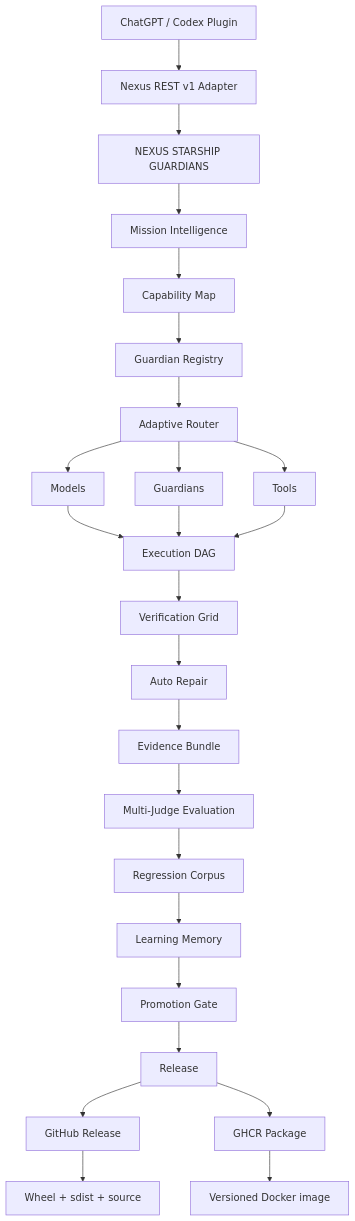
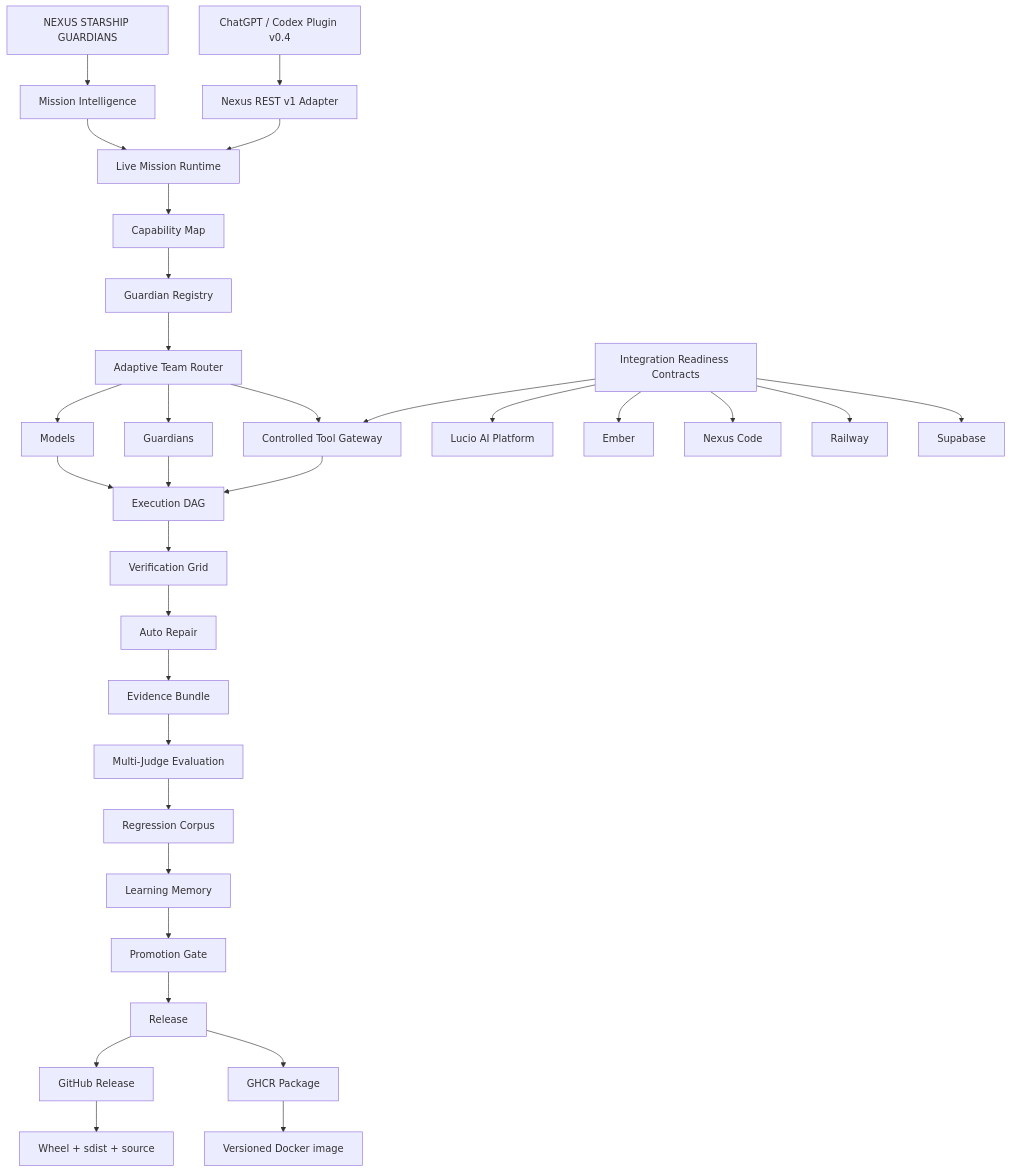
The diagram in docs/CURRENT_STATE.md (lois4801/NEXUS-Starship-Guardians), drawn with Mermaid before and after one commit. The commit also changed other lines of this file, not shown here.

Commit message:
docs: update Current State Graph for live Mission Runtime and controlled gateway

````diff
--- a/docs/CURRENT_STATE.md
+++ b/docs/CURRENT_STATE.md
@@ -9,29 +9,38 @@
 ```mermaid
 flowchart TD
     A[NEXUS STARSHIP GUARDIANS] --> B[Mission Intelligence]
-    B --> C[Capability Map]
-    C --> D[Guardian Registry]
-    D --> E[Adaptive Router]
-    E --> F[Models]
-    E --> G[Guardians]
-    E --> H[Tools]
-    F --> I[Execution DAG]
-    G --> I
-    H --> I
-    I --> J[Verification Grid]
-    J --> K[Auto Repair]
-    K --> L[Evidence Bundle]
-    L --> M[Multi-Judge Evaluation]
-    M --> N[Regression Corpus]
-    N --> O[Learning Memory]
-    O --> P[Promotion Gate]
-    P --> Q[Release]
+    B --> C[Live Mission Runtime]
+    C --> D[Capability Map]
+    D --> E[Guardian Registry]
+    E --> F[Adaptive Team Router]
+    F --> G[Models]
+    F --> H[Guardians]
+    F --> I[Controlled Tool Gateway]
 
-    R[ChatGPT / Codex Plugin] --> S[Nexus REST v1 Adapter]
-    S --> A
+    X[Integration Readiness Contracts] --> I
+    X --> X1[Lucio AI Platform]
+    X --> X2[Ember]
+    X --> X3[Nexus Code]
+    X --> X4[Railway]
+    X --> X5[Supabase]
 
-    Q --> T[GitHub Release]
-    Q --> U[GHCR Package]
-    T --> V[Wheel + sdist + source]
-    U --> W[Versioned Docker image]
+    G --> J[Execution DAG]
+    H --> J
+    I --> J
+    J --> K[Verification Grid]
+    K --> L[Auto Repair]
+    L --> M[Evidence Bundle]
+    M --> N[Multi-Judge Evaluation]
+    N --> O[Regression Corpus]
+    O --> P[Learning Memory]
+    P --> Q[Promotion Gate]
+    Q --> R[Release]
+
+    S[ChatGPT / Codex Plugin v0.4] --> T[Nexus REST v1 Adapter]
+    T --> C
+
+    R --> U[GitHub Release]
+    R --> V[GHCR Package]
+    U --> W[Wheel + sdist + source]
+    V --> Y[Versioned Docker image]
 ```
````
